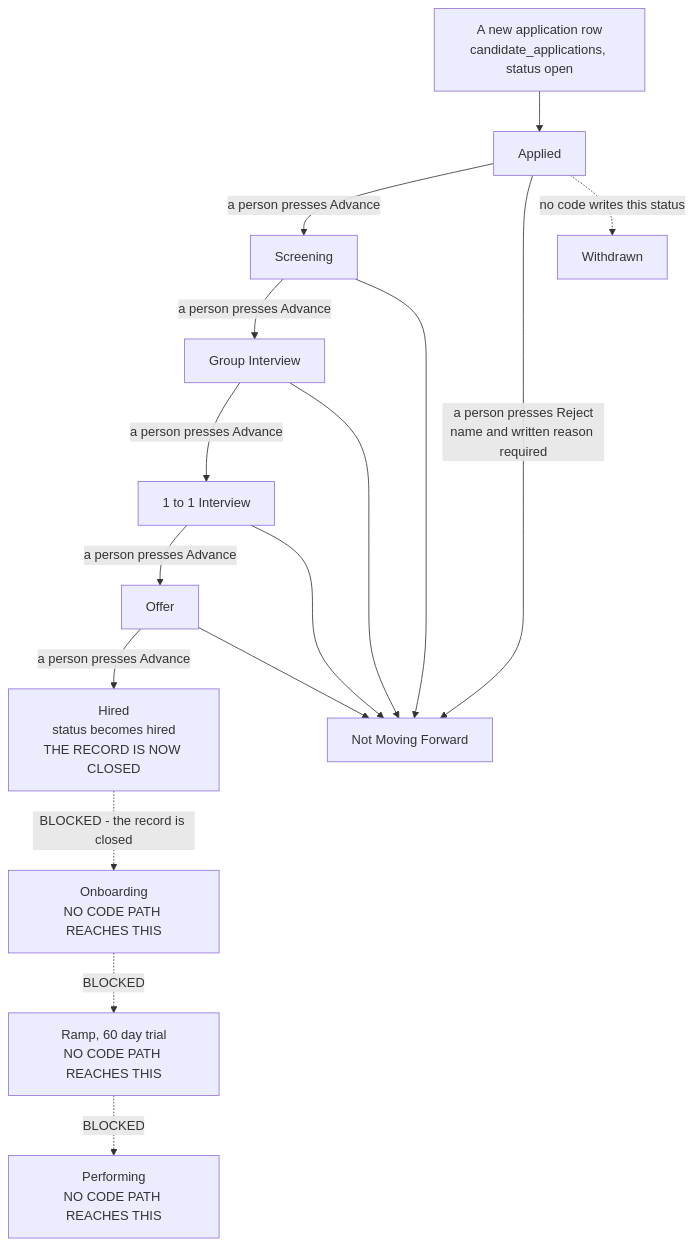
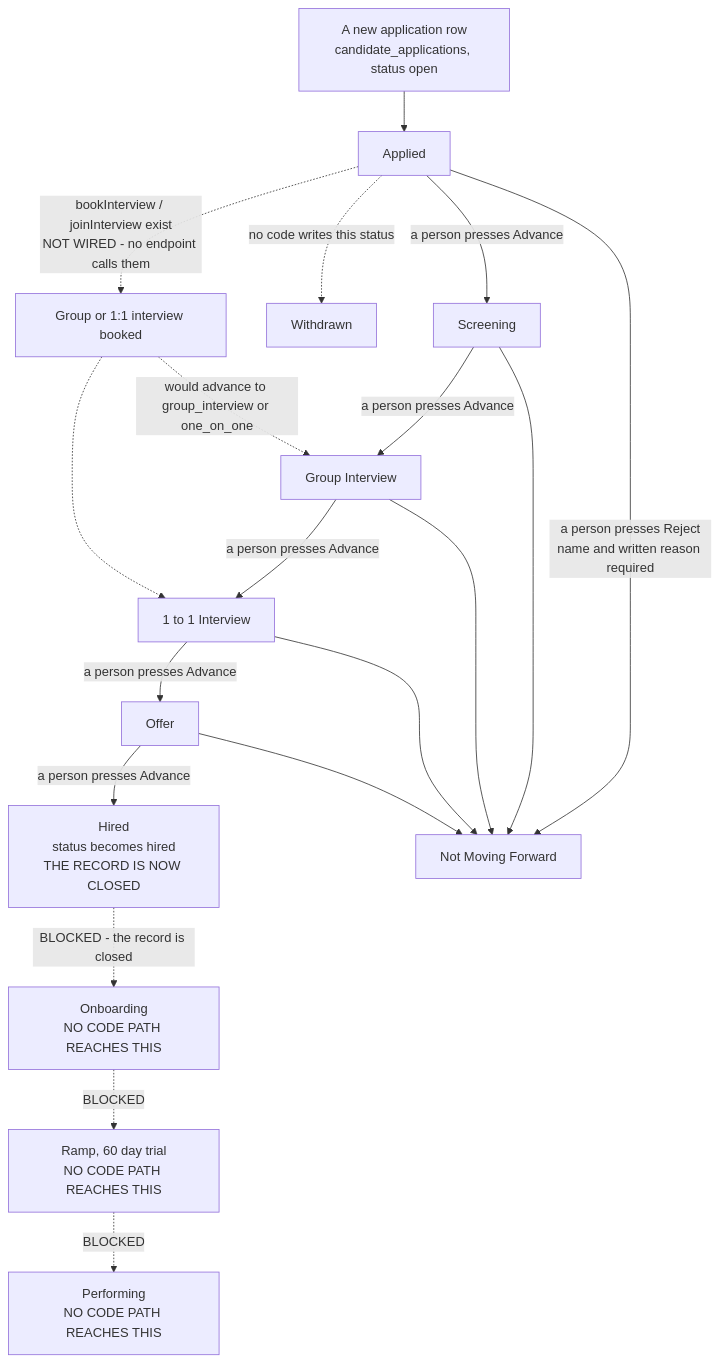
The diagram in docs/journeys/hiring-flow.md (ZootimusMaximusSupreme/Fundhub_ai), drawn with Mermaid before and after one commit. The commit also changed other lines of this file and 81 other files, not shown here.

````diff
--- a/docs/journeys/hiring-flow.md
+++ b/docs/journeys/hiring-flow.md
@@ -28,22 +24,26 @@
 ```mermaid
 flowchart TD
     NEW[A new application row<br/>candidate_applications, status open] --> APPLIED
 
     APPLIED[Applied] -->|a person presses Advance| SCREEN[Screening]
     SCREEN -->|a person presses Advance| GROUP[Group Interview]
     GROUP -->|a person presses Advance| ONE[1 to 1 Interview]
     ONE -->|a person presses Advance| OFFER[Offer]
     OFFER -->|a person presses Advance| HIRED[Hired<br/>status becomes hired<br/>THE RECORD IS NOW CLOSED]
 
     HIRED -.->|BLOCKED - the record is closed| ONBOARD[Onboarding<br/>NO CODE PATH REACHES THIS]
     ONBOARD -.->|BLOCKED| RAMP[Ramp, 60 day trial<br/>NO CODE PATH REACHES THIS]
     RAMP -.->|BLOCKED| PERF[Performing<br/>NO CODE PATH REACHES THIS]
 
     APPLIED -->|a person presses Reject<br/>name and written reason required| REJ[Not Moving Forward]
     SCREEN --> REJ
     GROUP --> REJ
     ONE --> REJ
     OFFER --> REJ
 
     APPLIED -.->|no code writes this status| WD[Withdrawn]
+
+    APPLIED -.->|bookInterview / joinInterview exist<br/>NOT WIRED - no endpoint calls them| GI[Group or 1:1 interview booked]
+    GI -.->|would advance to group_interview or one_on_one| GROUP
+    GI -.-> ONE
 ```
````
